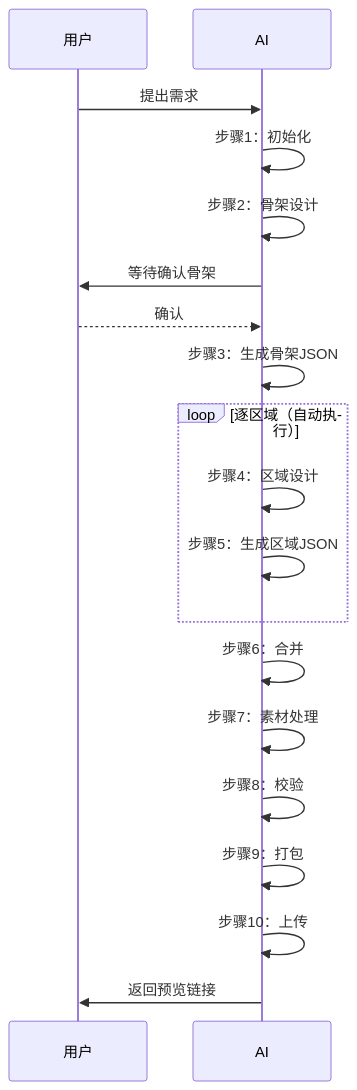
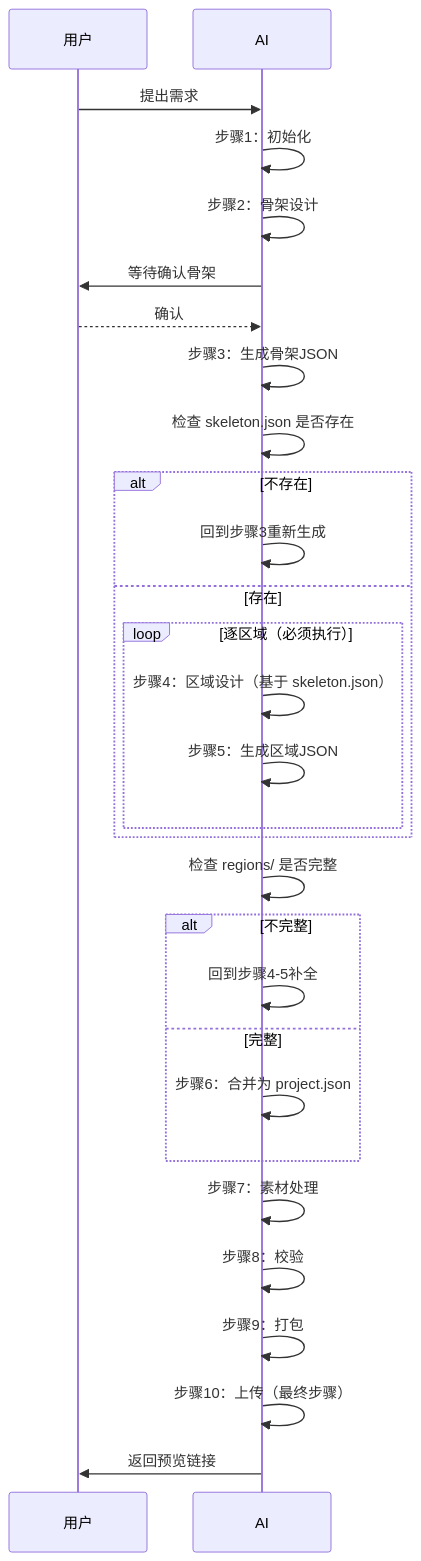
The diagram in SKILL.md (junyuaini/canvasvideo-skill), drawn with Mermaid before and after one commit. The commit also changed other lines of this file and 3 other files, not shown here.

````diff
--- a/SKILL.md
+++ b/SKILL.md
@@ -15,24 +15,32 @@
 ```mermaid
 sequenceDiagram
     participant 用户
     participant AI
 
     用户->>AI: 提出需求
     AI->>AI: 步骤1：初始化
     AI->>AI: 步骤2：骨架设计
     AI->>用户: 等待确认骨架
     用户-->>AI: 确认
     AI->>AI: 步骤3：生成骨架JSON
-
-    loop 逐区域（自动执行）
-        AI->>AI: 步骤4：区域设计
-        AI->>AI: 步骤5：生成区域JSON
+    AI->>AI: 检查 skeleton.json 是否存在
+    alt 不存在
+        AI->>AI: 回到步骤3重新生成
+    else 存在
+        loop 逐区域（必须执行）
+            AI->>AI: 步骤4：区域设计（基于 skeleton.json）
+            AI->>AI: 步骤5：生成区域JSON
+        end
     end
-
-    AI->>AI: 步骤6：合并
+    AI->>AI: 检查 regions/ 是否完整
+    alt 不完整
+        AI->>AI: 回到步骤4-5补全
+    else 完整
+        AI->>AI: 步骤6：合并为 project.json
+    end
     AI->>AI: 步骤7：素材处理
     AI->>AI: 步骤8：校验
     AI->>AI: 步骤9：打包
-    AI->>AI: 步骤10：上传
+    AI->>AI: 步骤10：上传（最终步骤）
     AI->>用户: 返回预览链接
 ```
````
